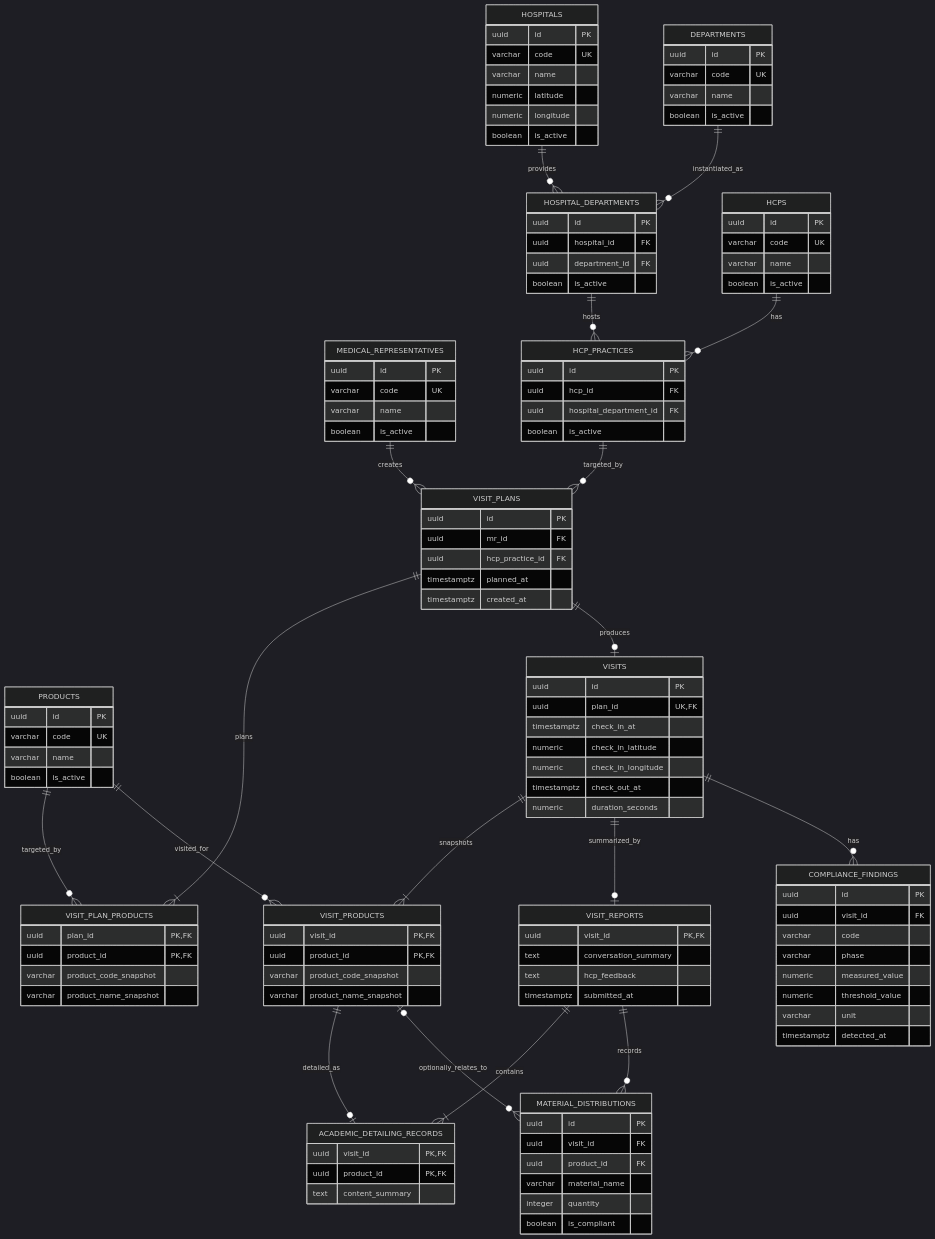
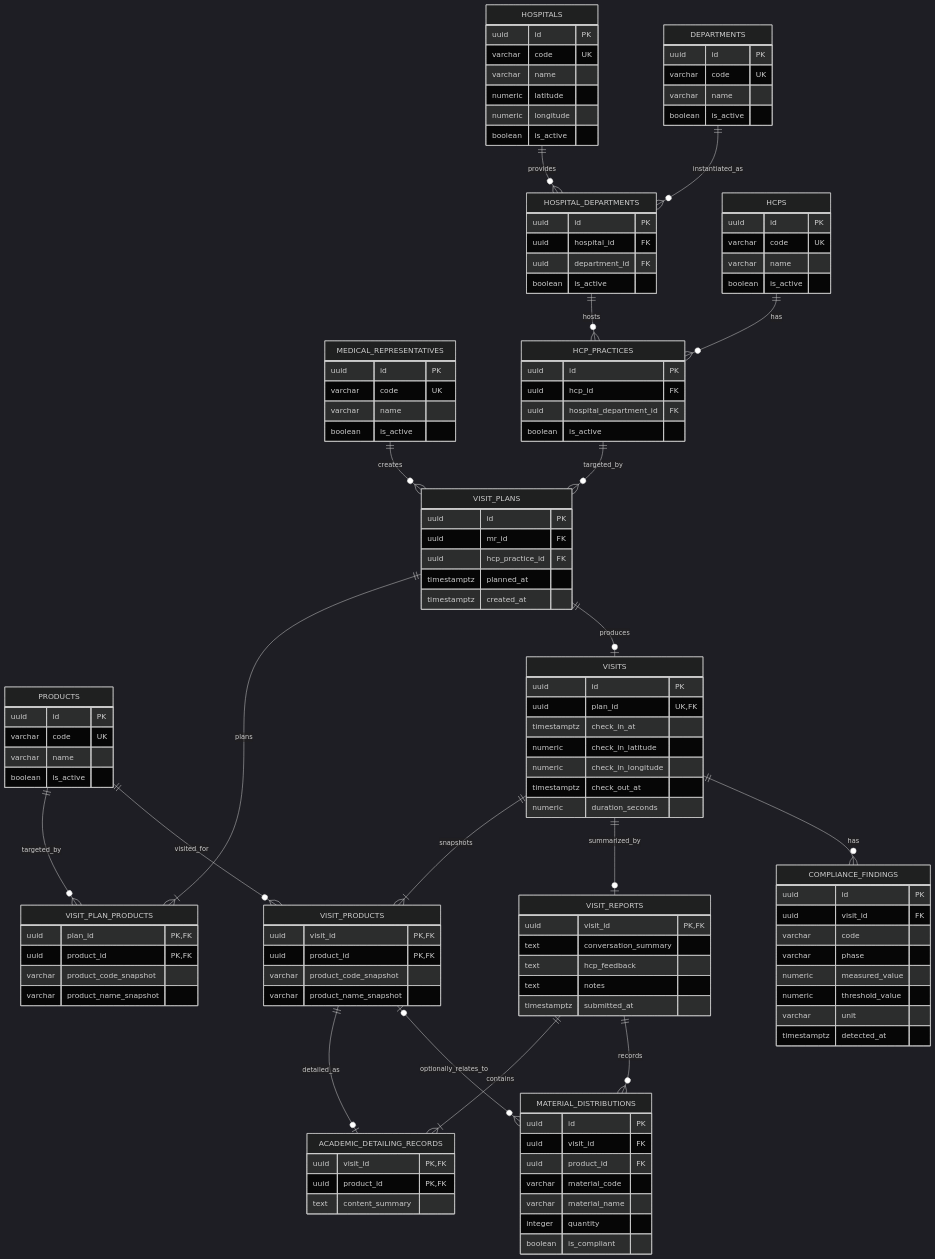
One commit to shadow1001-core/mr-hcp-visit-management changed the diagram in docs/database-design.md. Above: the diagram before and after it, drawn with Mermaid (dark theme). The commit also changed other lines of this file and 20 other files, not shown here.

```diff
--- a/docs/database-design.md
+++ b/docs/database-design.md
@@ -114,6 +114,7 @@
         uuid visit_id PK,FK
         text conversation_summary
         text hcp_feedback
+        text notes
         timestamptz submitted_at
     }
     ACADEMIC_DETAILING_RECORDS {
@@ -125,6 +126,7 @@
         uuid id PK
         uuid visit_id FK
         uuid product_id FK
+        varchar material_code
         varchar material_name
         integer quantity
         boolean is_compliant
```
